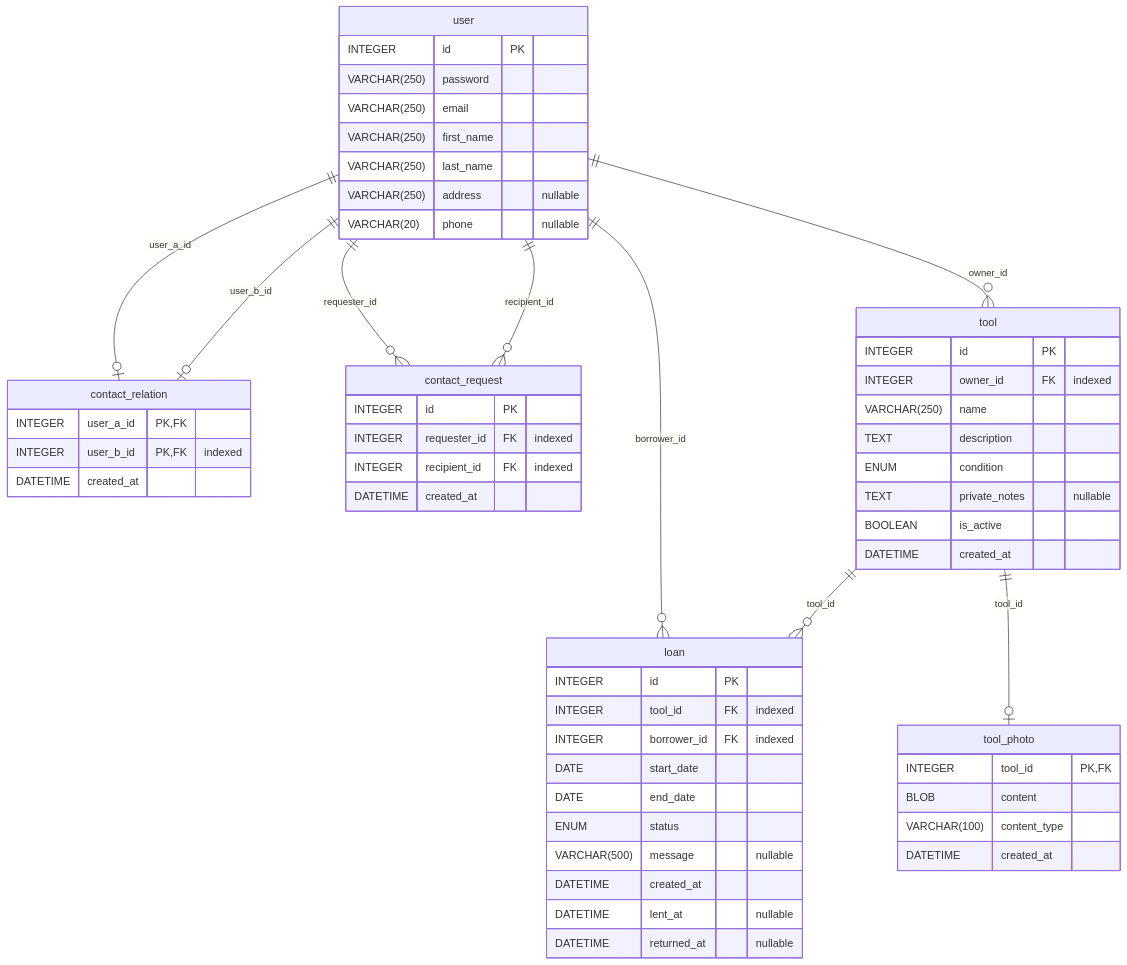
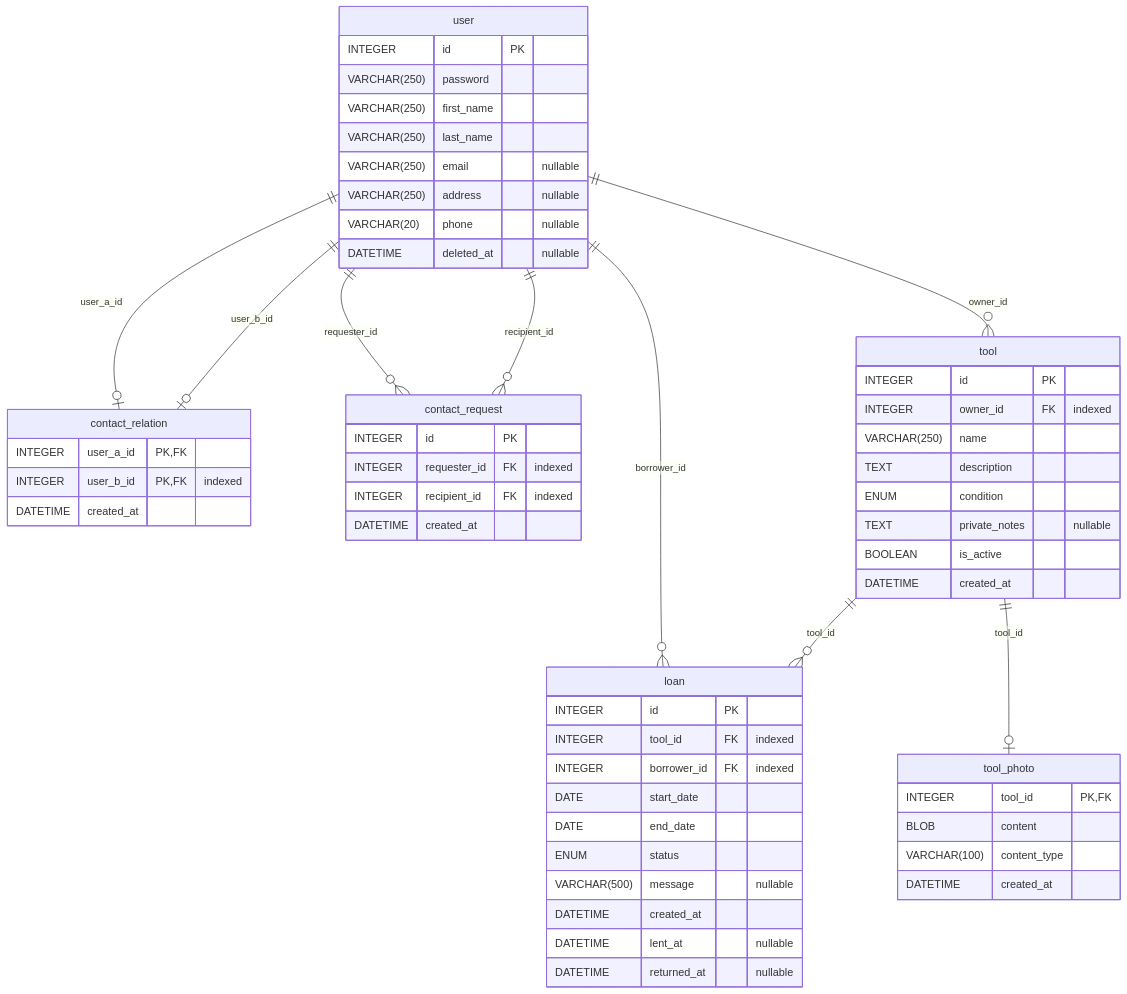
One commit to gcharland1/outillerie changed the diagram in docs/schema.md. Above: the diagram before and after it, drawn with Mermaid. The commit also changed 32 other files, not shown here.

````diff
--- a/docs/schema.md
+++ b/docs/schema.md
@@ -9,66 +9,67 @@
 ```mermaid
 erDiagram
   contact_relation {
     INTEGER user_a_id PK,FK
     INTEGER user_b_id PK,FK "indexed"
     DATETIME created_at
   }
 
   contact_request {
     INTEGER id PK
     INTEGER requester_id FK "indexed"
     INTEGER recipient_id FK "indexed"
     DATETIME created_at
   }
 
   loan {
     INTEGER id PK
     INTEGER tool_id FK "indexed"
     INTEGER borrower_id FK "indexed"
     DATE start_date
     DATE end_date
     ENUM status
     VARCHAR(500) message "nullable"
     DATETIME created_at
     DATETIME lent_at "nullable"
     DATETIME returned_at "nullable"
   }
 
   tool {
     INTEGER id PK
     INTEGER owner_id FK "indexed"
     VARCHAR(250) name
     TEXT description
     ENUM condition
     TEXT private_notes "nullable"
     BOOLEAN is_active
     DATETIME created_at
   }
 
   tool_photo {
     INTEGER tool_id PK,FK
     BLOB content
     VARCHAR(100) content_type
     DATETIME created_at
   }
 
   user {
     INTEGER id PK
     VARCHAR(250) password
-    VARCHAR(250) email
     VARCHAR(250) first_name
     VARCHAR(250) last_name
+    VARCHAR(250) email "nullable"
     VARCHAR(250) address "nullable"
     VARCHAR(20) phone "nullable"
+    DATETIME deleted_at "nullable"
   }
 
   user ||--o| contact_relation : user_a_id
   user ||--o| contact_relation : user_b_id
   user ||--o{ contact_request : requester_id
   user ||--o{ contact_request : recipient_id
   tool ||--o{ loan : tool_id
   user ||--o{ loan : borrower_id
   user ||--o{ tool : owner_id
   tool ||--o| tool_photo : tool_id
 
 ```
````
